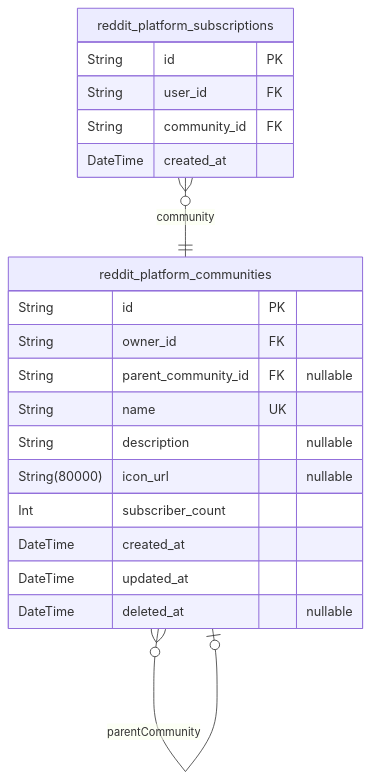
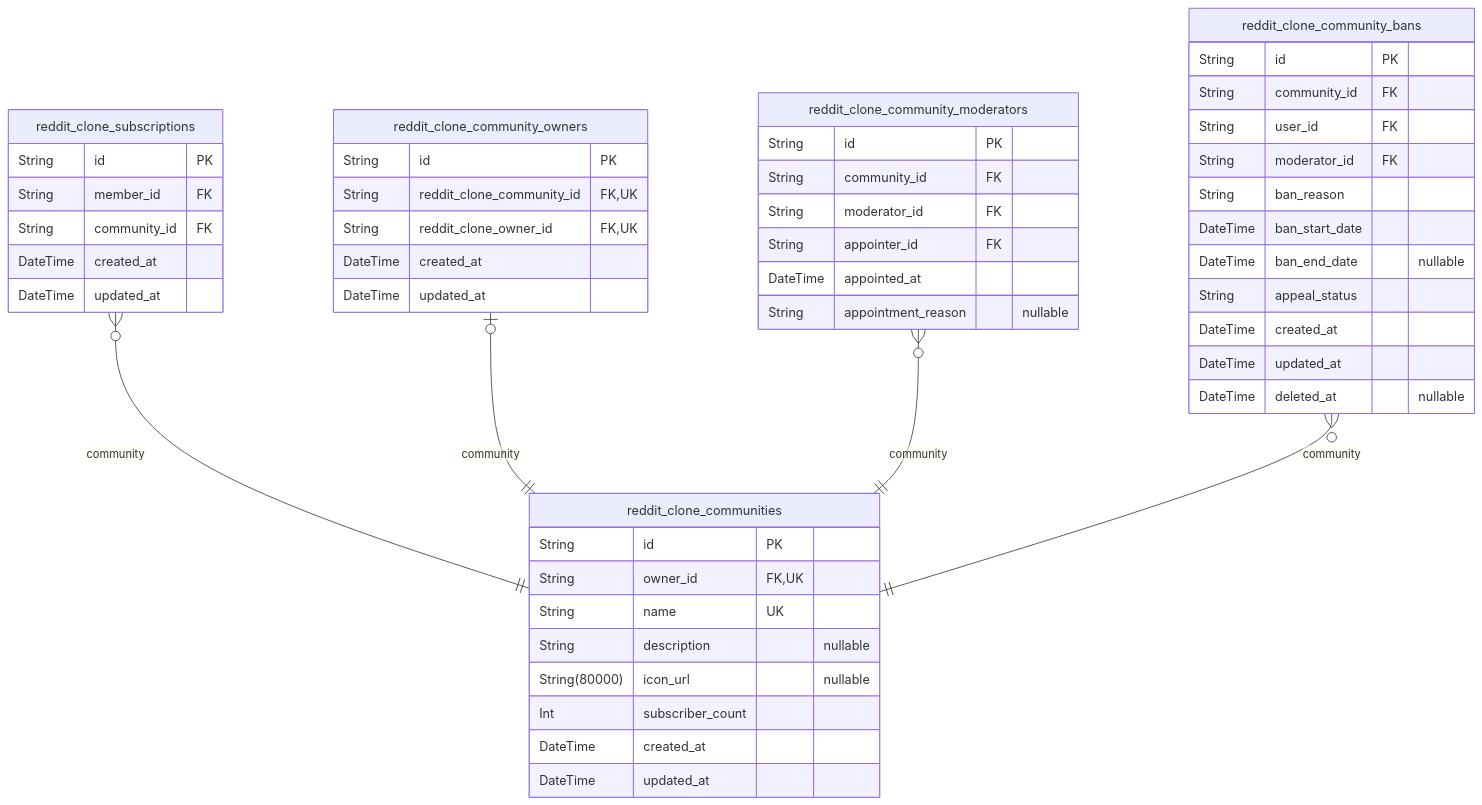
The second of 7 diagrams in qwen/qwen3-coder-next/reddit/docs/ERD.md (wrtnlabs/autobe-examples), drawn with Mermaid before and after one commit. The commit also changed other lines of this file and 25939 other files, not shown here.

````diff
--- a/qwen/qwen3-coder-next/reddit/docs/ERD.md
+++ b/qwen/qwen3-coder-next/reddit/docs/ERD.md
@@ -448,23 +505,52 @@
 ```mermaid
 erDiagram
-"reddit_platform_communities" {
+"reddit_clone_communities" {
   String id PK
-  String owner_id FK
-  String parent_community_id FK "nullable"
+  String owner_id FK,UK
   String name UK
   String description "nullable"
   String(80000) icon_url "nullable"
   Int subscriber_count
   DateTime created_at
   DateTime updated_at
+}
+"reddit_clone_subscriptions" {
+  String id PK
+  String member_id FK
+  String community_id FK
+  DateTime created_at
+  DateTime updated_at
+}
+"reddit_clone_community_owners" {
+  String id PK
+  String reddit_clone_community_id FK,UK
+  String reddit_clone_owner_id FK,UK
+  DateTime created_at
+  DateTime updated_at
+}
+"reddit_clone_community_moderators" {
+  String id PK
+  String community_id FK
+  String moderator_id FK
+  String appointer_id FK
+  DateTime appointed_at
+  String appointment_reason "nullable"
+}
+"reddit_clone_community_bans" {
+  String id PK
+  String community_id FK
+  String user_id FK
+  String moderator_id FK
+  String ban_reason
+  DateTime ban_start_date
+  DateTime ban_end_date "nullable"
+  String appeal_status
+  DateTime created_at
+  DateTime updated_at
   DateTime deleted_at "nullable"
 }
-"reddit_platform_subscriptions" {
-  String id PK
-  String user_id FK
-  String community_id FK
-  DateTime created_at
-}
-"reddit_platform_communities" }o--o| "reddit_platform_communities" : parentCommunity
-"reddit_platform_subscriptions" }o--|| "reddit_platform_communities" : community
+"reddit_clone_subscriptions" }o--|| "reddit_clone_communities" : community
+"reddit_clone_community_owners" |o--|| "reddit_clone_communities" : community
+"reddit_clone_community_moderators" }o--|| "reddit_clone_communities" : community
+"reddit_clone_community_bans" }o--|| "reddit_clone_communities" : community
 ```
````
